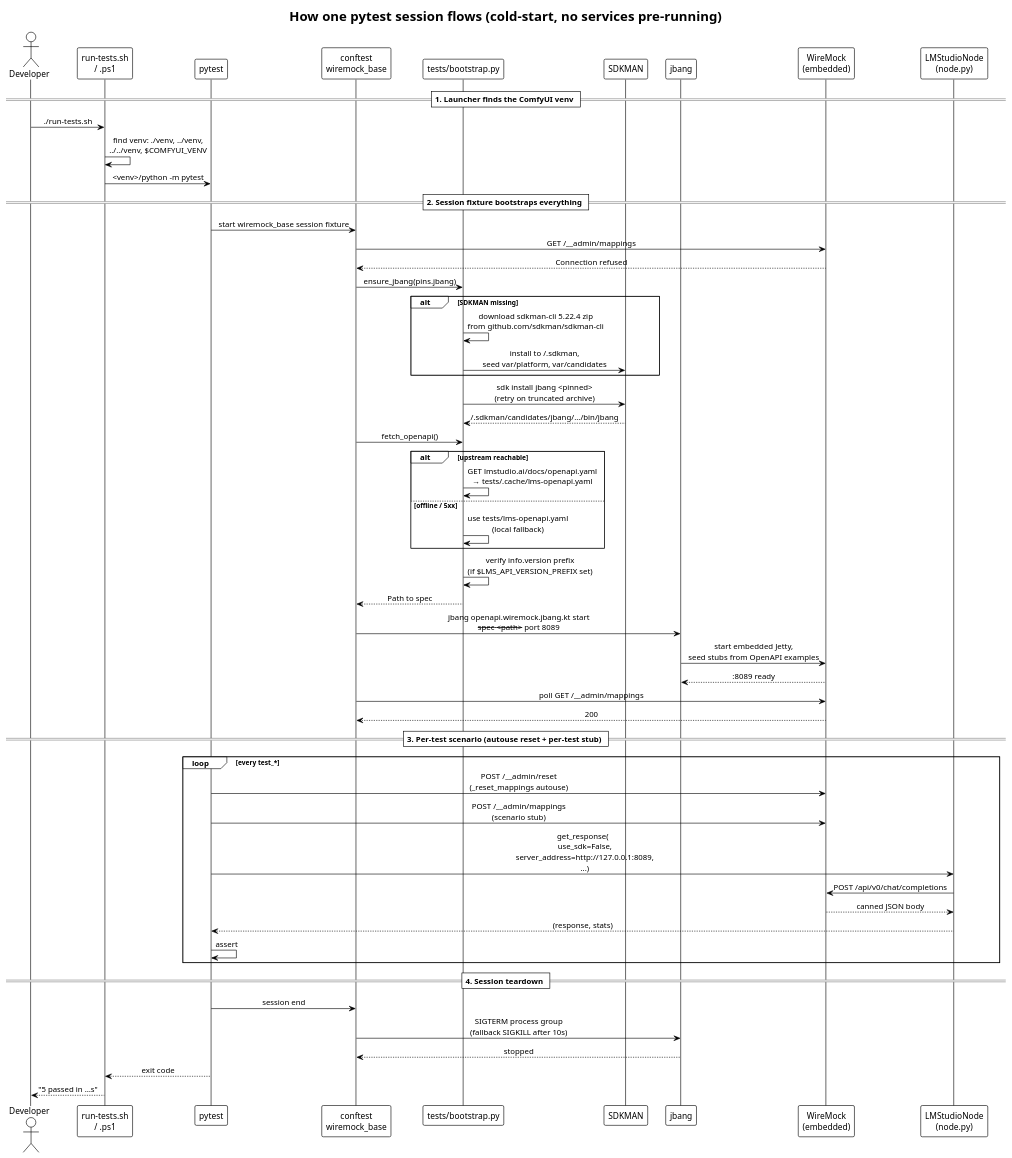
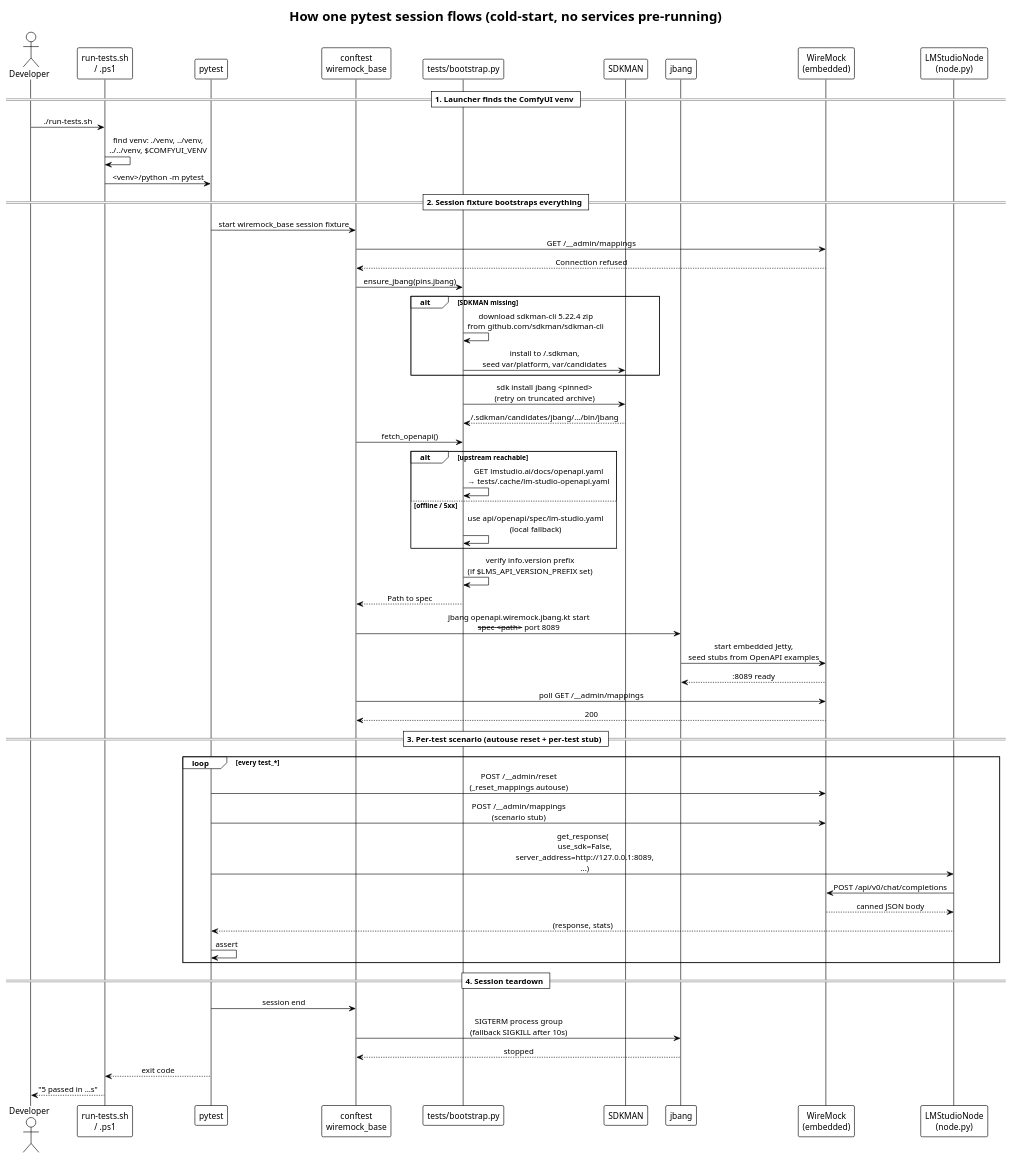
The diagram in puml/test-sequence.puml (CLK-AL/ComfyUI-LM-Studio), drawn with PlantUML before and after one commit. The commit also changed 19 other files, not shown here.

```diff
--- a/puml/test-sequence.puml
+++ b/puml/test-sequence.puml
@@ -1,69 +1,69 @@
 @startuml test-sequence
 !theme plain
 title How one pytest session flows (cold-start, no services pre-running)
 
 skinparam defaultFontName Inconsolata
 skinparam sequenceMessageAlign center
 
 actor        Developer           as DEV
 participant  "run-tests.sh\n/ .ps1"        as LAUNCHER
 participant  pytest              as PYTEST
 participant  "conftest\nwiremock_base"     as CONF
 participant  "tests/bootstrap.py" as BOOT
 participant  SDKMAN              as SDK
 participant  jbang               as JBG
 participant  "WireMock\n(embedded)"        as WM
 participant  "LMStudioNode\n(node.py)"     as NODE
 
 == 1. Launcher finds the ComfyUI venv ==
 DEV -> LAUNCHER : ./run-tests.sh
 LAUNCHER -> LAUNCHER : find venv: ./venv, ../venv,\n../../venv, $COMFYUI_VENV
 LAUNCHER -> PYTEST  : <venv>/python -m pytest
 
 == 2. Session fixture bootstraps everything ==
 PYTEST -> CONF : start wiremock_base session fixture
 CONF -> WM     : GET /__admin/mappings
 WM --> CONF    : Connection refused
 
 CONF -> BOOT   : ensure_jbang(pins.jbang)
 alt SDKMAN missing
   BOOT -> BOOT : download sdkman-cli 5.22.4 zip\nfrom github.com/sdkman/sdkman-cli
   BOOT -> SDK  : install to ~/.sdkman,\nseed var/platform, var/candidates
 end
 BOOT -> SDK    : sdk install jbang <pinned>\n(retry on truncated archive)
 SDK  --> BOOT  : ~/.sdkman/candidates/jbang/.../bin/jbang
 
 CONF -> BOOT   : fetch_openapi()
 alt upstream reachable
-  BOOT -> BOOT : GET lmstudio.ai/docs/openapi.yaml\n→ tests/.cache/lms-openapi.yaml
+  BOOT -> BOOT : GET lmstudio.ai/docs/openapi.yaml\n→ tests/.cache/lm-studio-openapi.yaml
 else offline / 5xx
-  BOOT -> BOOT : use tests/lms-openapi.yaml\n(local fallback)
+  BOOT -> BOOT : use api/openapi/spec/lm-studio.yaml\n(local fallback)
 end
 BOOT -> BOOT   : verify info.version prefix\n(if $LMS_API_VERSION_PREFIX set)
 BOOT --> CONF  : Path to spec
 
 CONF -> JBG    : jbang openapi.wiremock.jbang.kt start\n--spec <path> --port 8089
 JBG  -> WM     : start embedded Jetty,\nseed stubs from OpenAPI examples
 WM   --> JBG   : :8089 ready
 CONF -> WM     : poll GET /__admin/mappings
 WM   --> CONF  : 200
 
 == 3. Per-test scenario (autouse reset + per-test stub) ==
 loop every test_*
   PYTEST -> WM   : POST /__admin/reset\n(_reset_mappings autouse)
   PYTEST -> WM   : POST /__admin/mappings\n(scenario stub)
   PYTEST -> NODE : get_response(\n  use_sdk=False,\n  server_address=http://127.0.0.1:8089,\n  ...)
   NODE   -> WM   : POST /api/v0/chat/completions
   WM     --> NODE: canned JSON body
   NODE   --> PYTEST: (response, stats)
   PYTEST -> PYTEST: assert
 end
 
 == 4. Session teardown ==
 PYTEST -> CONF : session end
 CONF   -> JBG  : SIGTERM process group\n(fallback SIGKILL after 10s)
 JBG    --> CONF: stopped
 
 PYTEST --> LAUNCHER : exit code
 LAUNCHER --> DEV    : "5 passed in …s"
 @enduml
```
